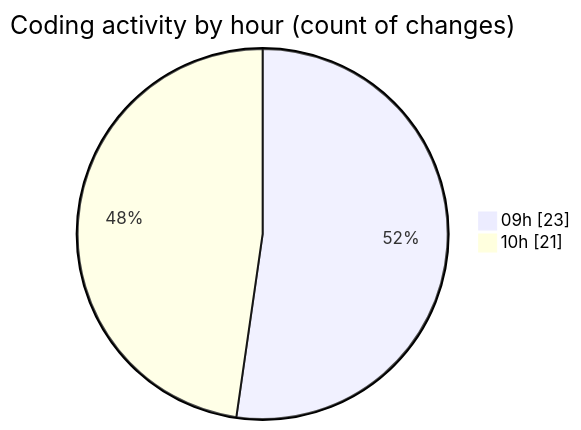
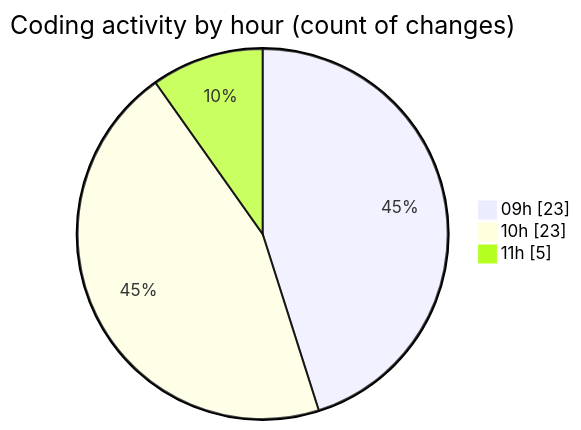
One commit to momahboobian/code-tracking changed the second of 2 diagrams in 2025-10-23/cda/README.md. Above: the diagram before and after it, drawn with Mermaid. The commit also changed other lines of this file and 1 other file, not shown here.

````diff
--- a/2025-10-23/cda/README.md
+++ b/2025-10-23/cda/README.md
@@ -31,6 +31,7 @@
 ```mermaid
 pie showData
 title Coding activity by hour (count of changes)
 "09h" : 23
-"10h" : 21
+"10h" : 23
+"11h" : 5
 ```
````
